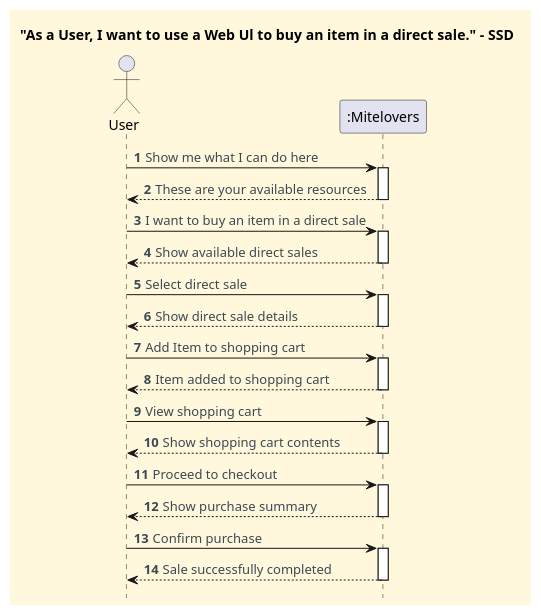
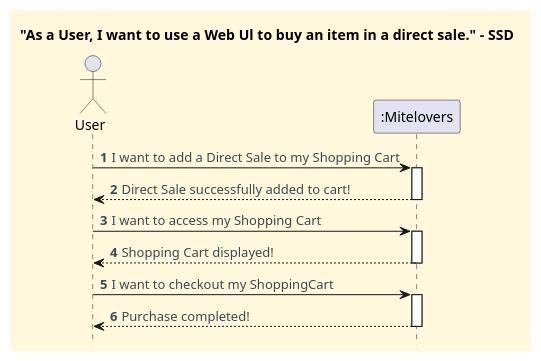
The diagram in docs/client-server-diagrams/buy-item-on-direct-sale/Process_View_SSD.puml (CarolinaLeite-collab/JavaMarketplacePlatform), drawn with PlantUML before and after one commit.

Commit message:
fix: updated process view level 1 diagram for buy an item on direct sale functionality, refs #1121

```diff
--- a/docs/client-server-diagrams/buy-item-on-direct-sale/Process_View_SSD.puml
+++ b/docs/client-server-diagrams/buy-item-on-direct-sale/Process_View_SSD.puml
@@ -1,60 +1,40 @@
 @startuml
 
 '==== basic style ====
 hide stereotype
 skinparam monochrome false
 skinparam shadowing false
 skinparam defaultFontName Futura
 skinparam objectFontSize 20
 skinparam backgroundColor CornSilk
 skinparam objectBackgroundColor WhiteSmoke
 skinparam noteBackgroundColor #FFFFE0
 skinparam ArrowFontColor #3B4953
 skinparam ActivationBackgroundColor black
 hidefootbox
 
 autonumber
 
 title "As a User, I want to use a Web Ul to buy an item in a direct sale." - SSD
 
 ' --- Actor and participants ---
 
 actor User
 participant ":Mitelovers" as mite
 
-User -> mite : Show me what I can do here
+User -> mite : I want to add a Direct Sale to my Shopping Cart
 activate mite
-mite --> User : These are your available resources
+mite --> User : Direct Sale successfully added to cart!
 deactivate mite
 
-User -> mite : I want to buy an item in a direct sale
+User -> mite : I want to access my Shopping Cart
 activate mite
-mite --> User : Show available direct sales
+mite --> User : Shopping Cart displayed!
 deactivate mite
 
-User -> mite : Select direct sale
+User -> mite : I want to checkout my ShoppingCart
 activate mite
-mite --> User : Show direct sale details
-deactivate mite
-
-User -> mite : Add Item to shopping cart
-activate mite
-mite --> User : Item added to shopping cart
-deactivate mite
-
-User -> mite : View shopping cart
-activate mite
-mite --> User : Show shopping cart contents
-deactivate mite
-
-User -> mite : Proceed to checkout
-activate mite
-mite --> User : Show purchase summary
-deactivate mite
-
-User -> mite : Confirm purchase
-activate mite
-mite --> User : Sale successfully completed
+mite --> User : Purchase completed!
 deactivate mite
 
 @enduml
```
